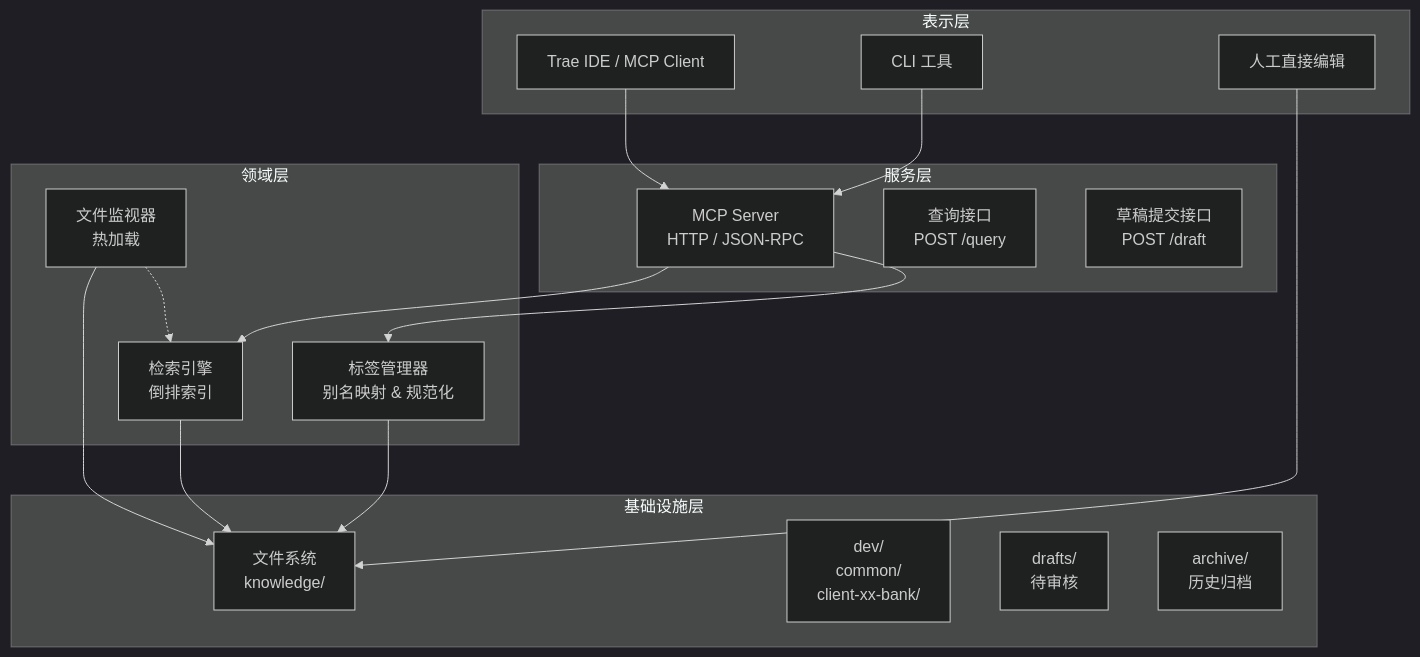
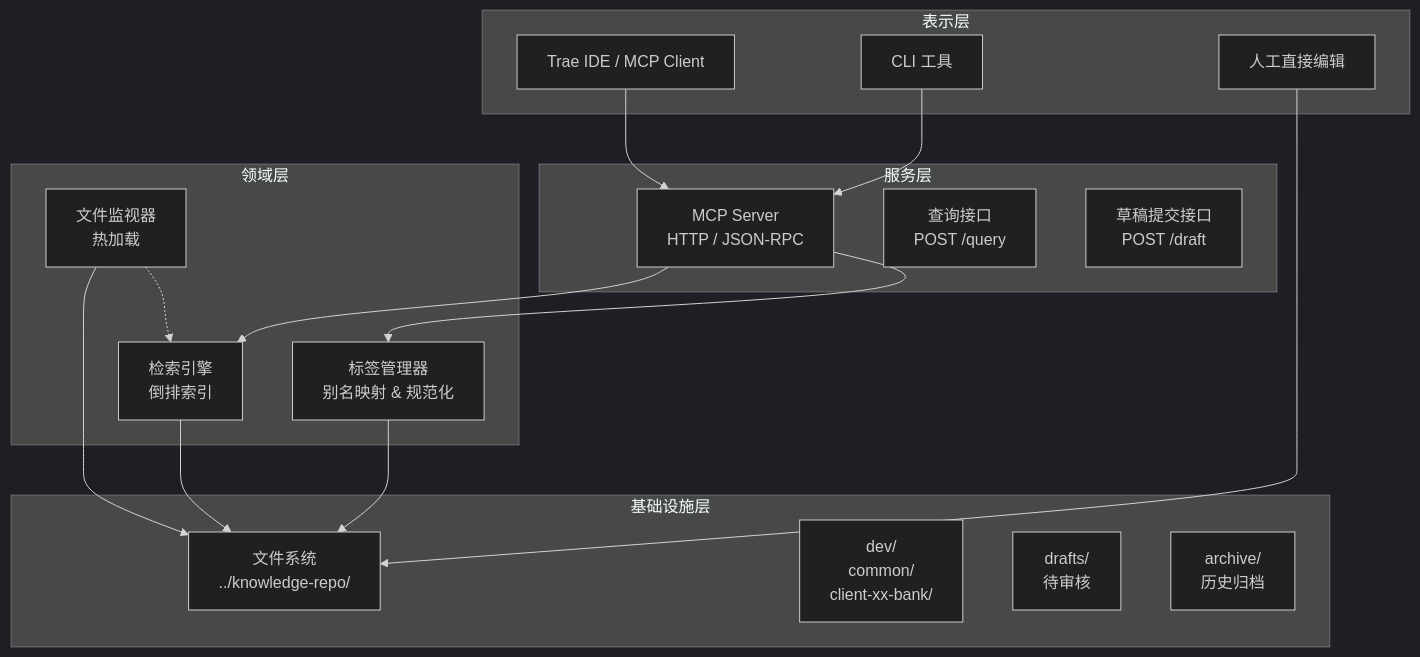
One commit to ADX15xs/memory-systom changed the diagram in docs/architecture.md. Above: the diagram before and after it, drawn with Mermaid (dark theme). The commit also changed other lines of this file and 6 other files, not shown here.

Commit message:
docs: move knowledge base to independent private repo

````diff
--- a/docs/architecture.md
+++ b/docs/architecture.md
@@ -8,37 +8,37 @@
 ```mermaid
 graph TB
     subgraph 表示层
         A[Trae IDE / MCP Client]
         B[CLI 工具]
         C[人工直接编辑]
     end
 
     subgraph 服务层
         D[MCP Server<br/>HTTP / JSON-RPC]
         E[查询接口<br/>POST /query]
         F[草稿提交接口<br/>POST /draft]
     end
 
     subgraph 领域层
         G[检索引擎<br/>倒排索引]
         H[标签管理器<br/>别名映射 & 规范化]
         I[文件监视器<br/>热加载]
     end
 
     subgraph 基础设施层
-        J[文件系统<br/>knowledge/]
+        J[文件系统<br/>../knowledge-repo/]
         K[dev/<br/>common/<br/>client-xx-bank/]
         L[drafts/<br/>待审核]
         M[archive/<br/>历史归档]
     end
 
     A --> D
     B --> D
     C --> J
     D --> G
     D --> H
     G --> J
     H --> J
     I --> J
     I -.-> G
 ```
````
